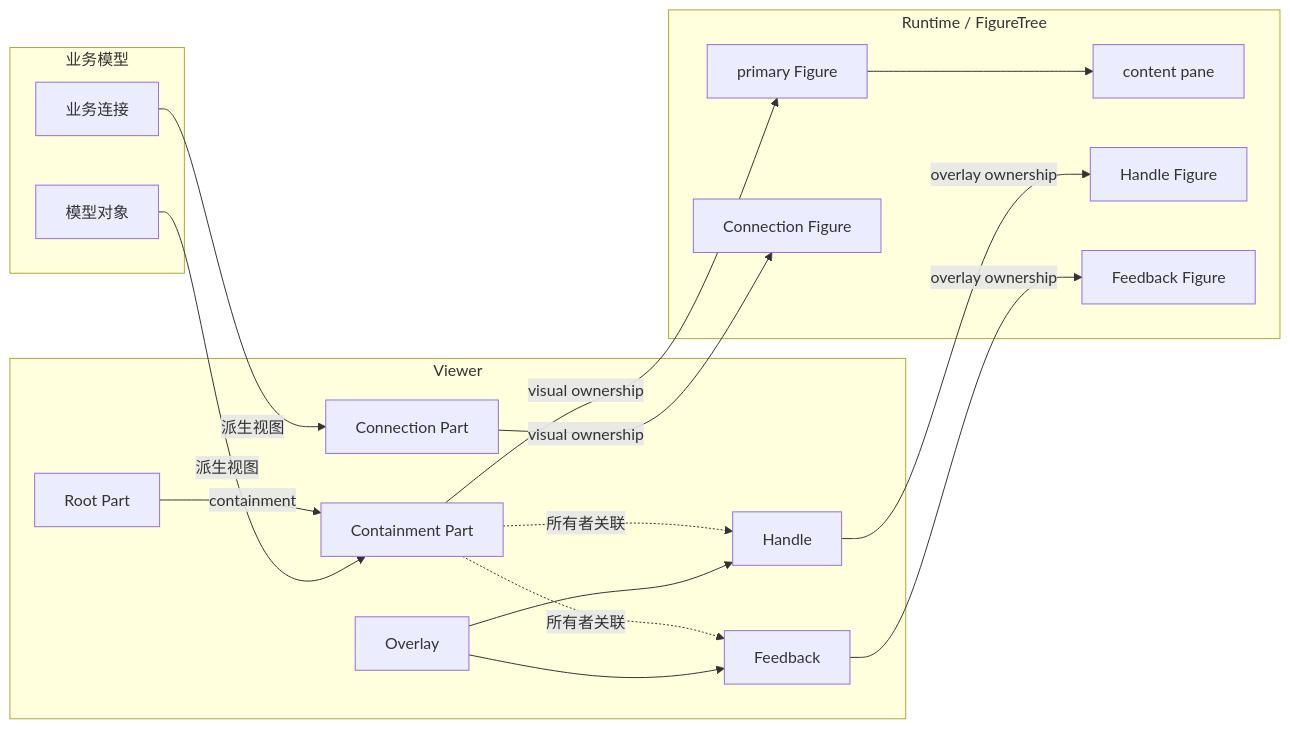
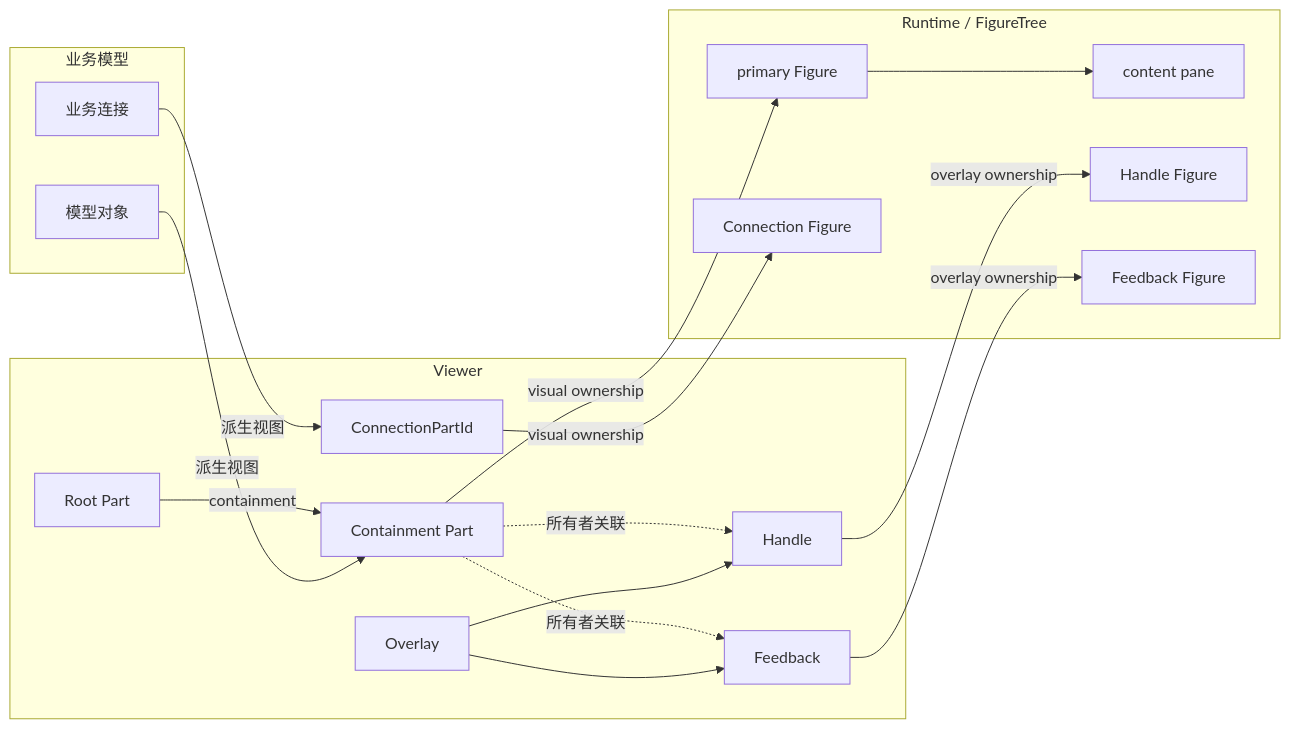
Before and after one commit to yezhang/novadraw: the third of 6 diagrams in engine/wasm_rust/novadraw/book/internals/src/appendix-concept-map.md, drawn with Mermaid. The commit also changed other lines of this file and 17 other files, not shown here.

````diff
--- a/engine/wasm_rust/novadraw/book/internals/src/appendix-concept-map.md
+++ b/engine/wasm_rust/novadraw/book/internals/src/appendix-concept-map.md
@@ -116,37 +116,37 @@
 ```mermaid
 flowchart LR
     subgraph Model[业务模型]
         ModelNode[模型对象]
         ModelConnection[业务连接]
     end
 
     subgraph Viewer[Viewer]
         RootPart[Root Part]
         Part[Containment Part]
-        ConnectionPart[Connection Part]
+        ConnectionPart[ConnectionPartId]
         Overlay[Overlay]
         Handle[Handle]
         Feedback[Feedback]
     end
 
     subgraph Runtime[Runtime / FigureTree]
         Primary[primary Figure]
         Content[content pane]
         ConnectionFigure[Connection Figure]
         HandleFigure[Handle Figure]
         FeedbackFigure[Feedback Figure]
     end
 
     ModelNode -->|派生视图| Part
     ModelConnection -->|派生视图| ConnectionPart
     RootPart -->|containment| Part
     Part -->|visual ownership| Primary
     Primary --> Content
     ConnectionPart -->|visual ownership| ConnectionFigure
     Overlay --> Handle
     Overlay --> Feedback
     Handle -->|overlay ownership| HandleFigure
     Feedback -->|overlay ownership| FeedbackFigure
     Part -.所有者关联.-> Handle
     Part -.所有者关联.-> Feedback
 ```
````
